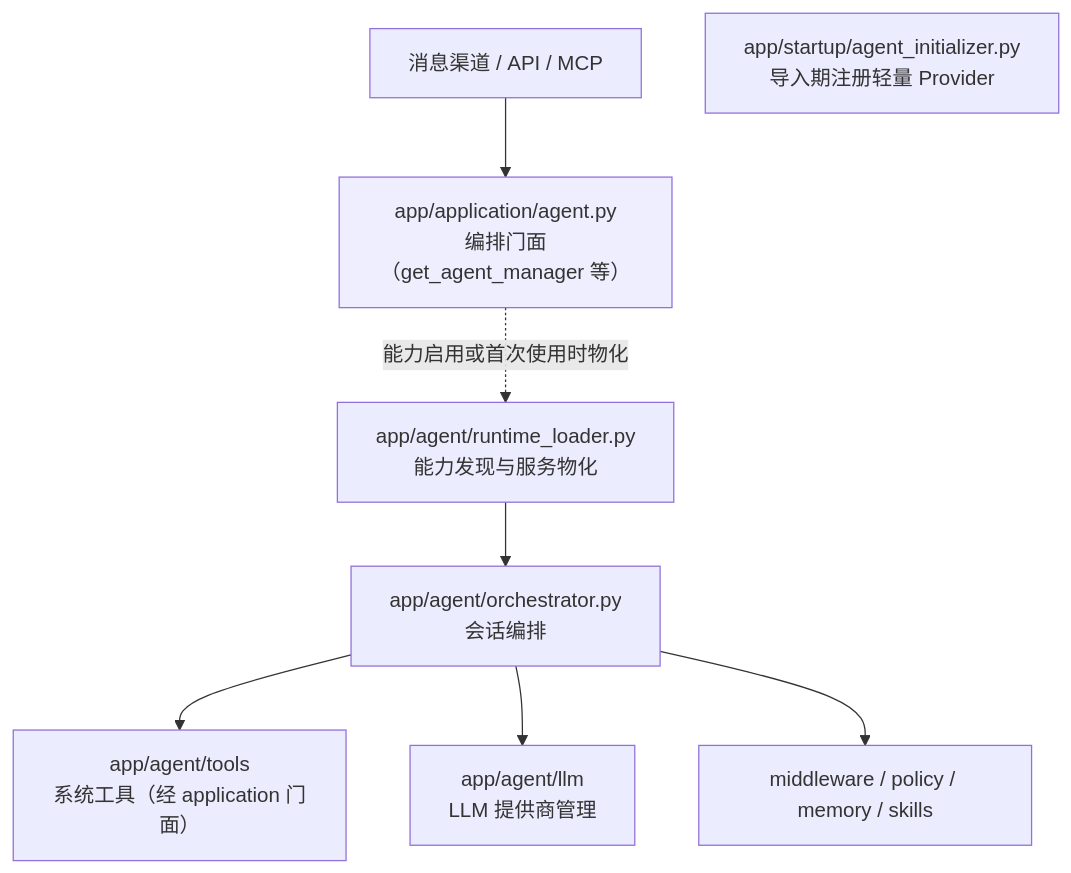
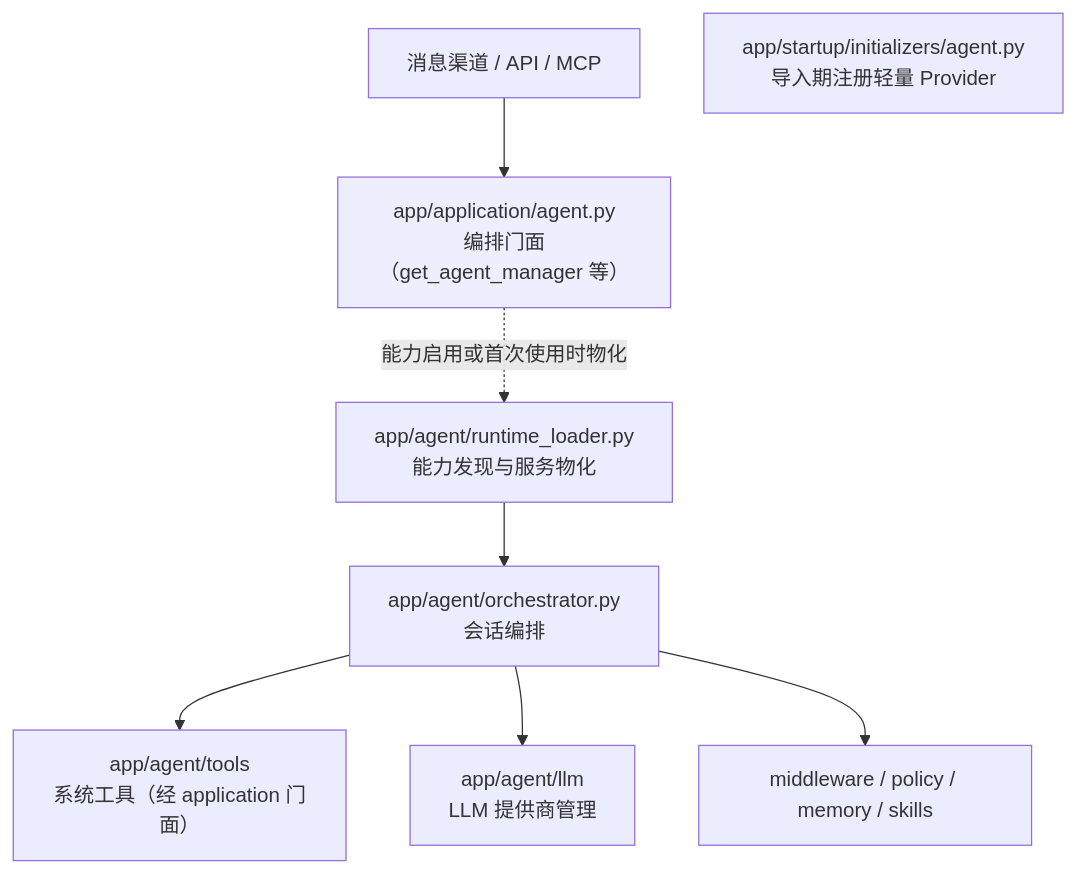
Diagram 12 of 14 in docs/architecture-overview.md (jxxghp/MoviePilot), drawn with Mermaid before and after one commit. The commit also changed other lines of this file and 95 other files, not shown here.

````diff
--- a/docs/architecture-overview.md
+++ b/docs/architecture-overview.md
@@ -489,12 +490,12 @@
 ```mermaid
 flowchart TB
     Entry["消息渠道 / API / MCP"] --> Facade["app/application/agent.py<br/>编排门面（get_agent_manager 等）"]
-    Reg["app/startup/agent_initializer.py<br/>导入期注册轻量 Provider"]
+    Reg["app/startup/initializers/agent.py<br/>导入期注册轻量 Provider"]
     Facade -.能力启用或首次使用时物化.-> RT["app/agent/runtime_loader.py<br/>能力发现与服务物化"]
     RT --> ORC["app/agent/orchestrator.py<br/>会话编排"]
     ORC --> Tools["app/agent/tools<br/>系统工具（经 application 门面）"]
     ORC --> LLM["app/agent/llm<br/>LLM 提供商管理"]
     ORC --> MW["middleware / policy / memory / skills"]
 
     style Facade fill:#eef
 ```
````
